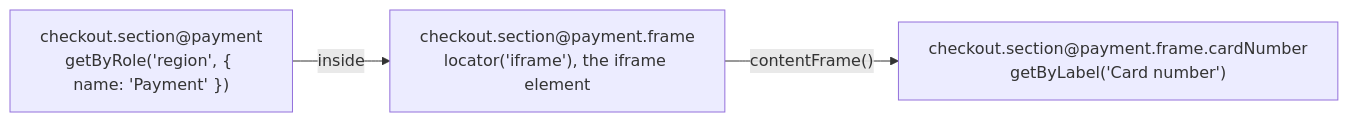
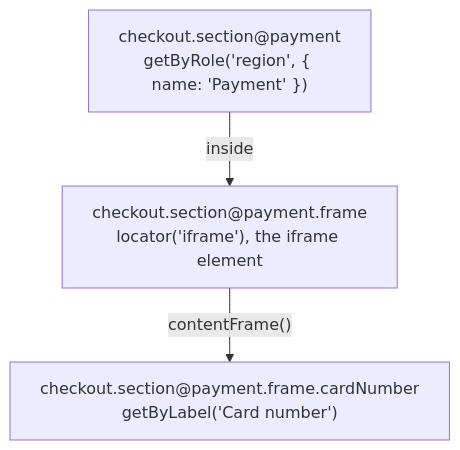
Before and after one commit to DyHex/POMWright: the diagram in website/src/content/docs/docs/frames.md, drawn with Mermaid. The commit also changed 13 other files, not shown here.

````diff
--- a/website/src/content/docs/docs/frames.md
+++ b/website/src/content/docs/docs/frames.md
@@ -14,5 +14,5 @@
 ```mermaid
-flowchart LR
+flowchart TD
   section["checkout.section@payment<br/>getByRole('region', { name: 'Payment' })"] -->|inside| iframe["checkout.section@payment.frame<br/>locator('iframe'), the iframe element"]
   iframe -->|"contentFrame()"| field["checkout.section@payment.frame.cardNumber<br/>getByLabel('Card number')"]
 ```
````
